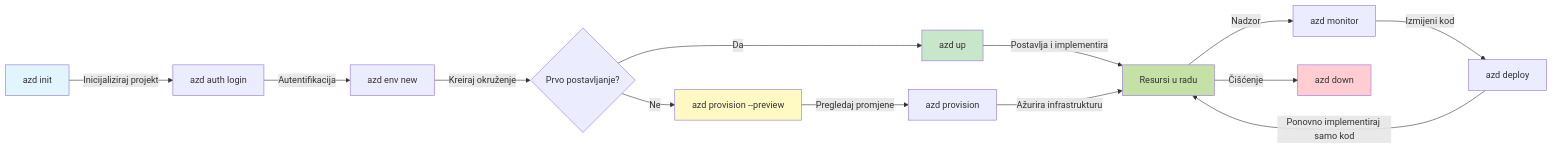
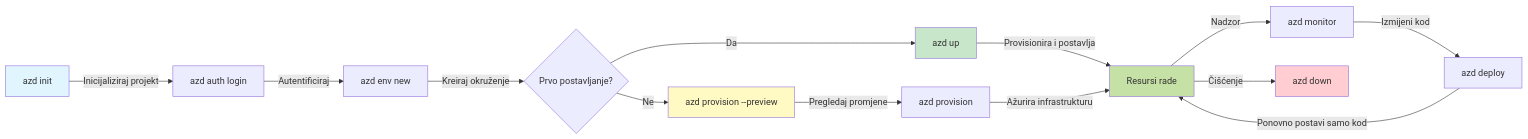
The first of 2 diagrams in translations/hr/docs/chapter-01-foundation/azd-basics.md (microsoft/AZD-for-beginners), drawn with Mermaid before and after one commit. The commit also changed other lines of this file and 104 other files, not shown here.

````diff
--- a/translations/hr/docs/chapter-01-foundation/azd-basics.md
+++ b/translations/hr/docs/chapter-01-foundation/azd-basics.md
@@ -269,21 +269,21 @@
 ```mermaid
 graph LR
     A[azd init] -->|Inicijaliziraj projekt| B[azd auth login]
-    B -->|Autentifikacija| C[azd env new]
+    B -->|Autentificiraj| C[azd env new]
     C -->|Kreiraj okruženje| D{Prvo postavljanje?}
     D -->|Da| E[azd up]
     D -->|Ne| F[azd provision --preview]
     F -->|Pregledaj promjene| G[azd provision]
-    E -->|Postavlja i implementira| H[Resursi u radu]
+    E -->|Provisionira i postavlja| H[Resursi rade]
     G -->|Ažurira infrastrukturu| H
     H -->|Nadzor| I[azd monitor]
     I -->|Izmijeni kod| J[azd deploy]
-    J -->|Ponovno implementiraj samo kod| H
+    J -->|Ponovno postavi samo kod| H
     H -->|Čišćenje| K[azd down]
     
     style A fill:#e1f5fe
     style E fill:#c8e6c9
     style F fill:#fff9c4
     style H fill:#c5e1a5
     style K fill:#ffcdd2
-```  
+```
````
